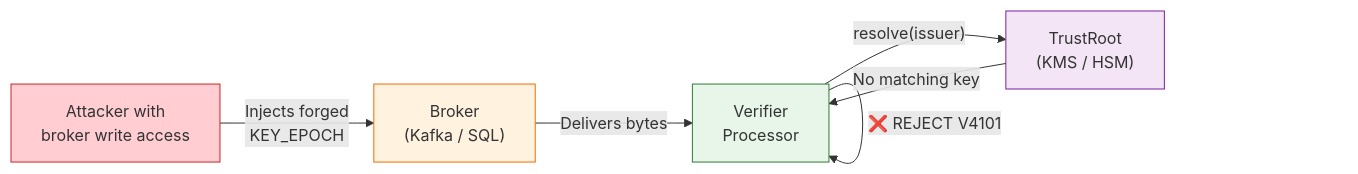
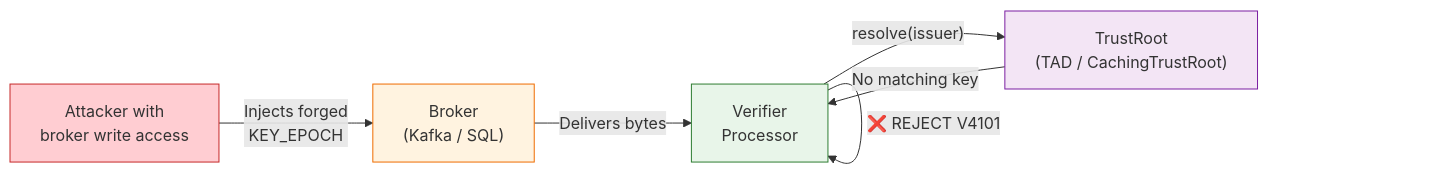
Before and after one commit to cyfko/veridot: the diagram in docs/docs/architecture/security-model.md, drawn with Mermaid. The commit also changed other lines of this file and 6 other files, not shown here.

First line of the commit message:
docs: comprehensive accuracy audit — replace KMS recommendations with TAD, fix quickstart examples and diagram labels

````diff
--- a/docs/docs/architecture/security-model.md
+++ b/docs/docs/architecture/security-model.md
@@ -16,18 +16,18 @@
 ```mermaid
 graph LR
     Attacker["Attacker with<br/>broker write access"]
     Broker["Broker<br/>(Kafka / SQL)"]
     Verifier["Verifier<br/>Processor"]
-    TR["TrustRoot<br/>(KMS / HSM)"]
+    TR["TrustRoot<br/>(TAD / CachingTrustRoot)"]
 
     Attacker -->|"Injects forged<br/>KEY_EPOCH"| Broker
     Broker -->|"Delivers bytes"| Verifier
     Verifier -->|"resolve(issuer)"| TR
     TR -->|"No matching key"| Verifier
     Verifier -->|"❌ REJECT V4101"| Verifier
 
     style Attacker fill:#ffcdd2,stroke:#c62828
     style Broker fill:#fff3e0,stroke:#ef6c00
     style Verifier fill:#e8f5e9,stroke:#2e7d32
     style TR fill:#f3e5f5,stroke:#7b1fa2
 ```
````
